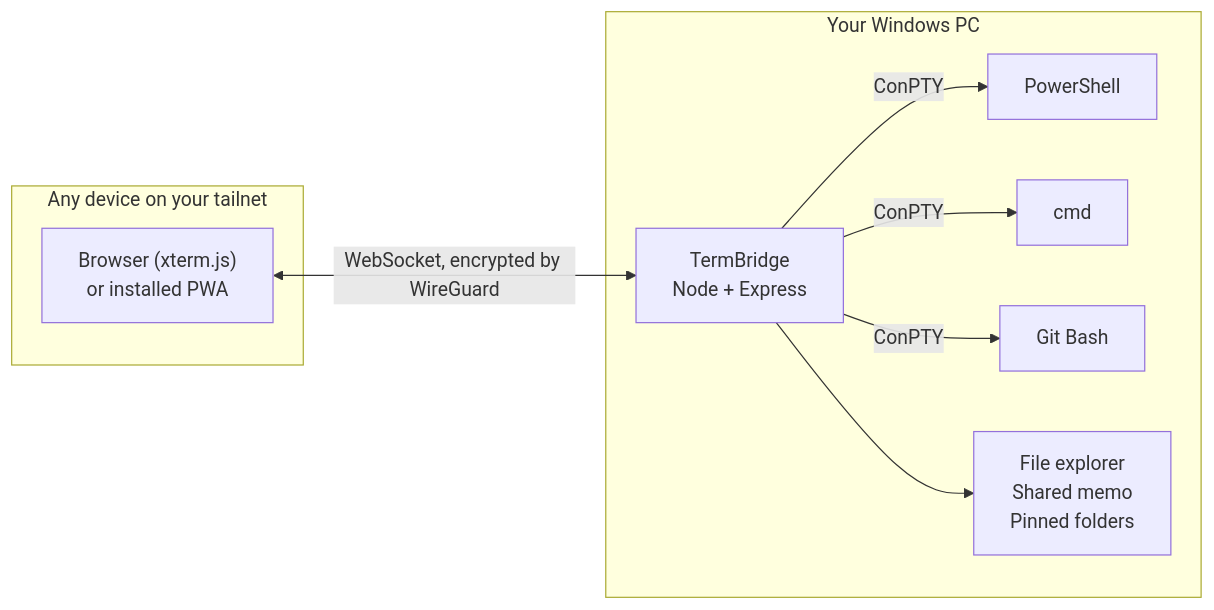
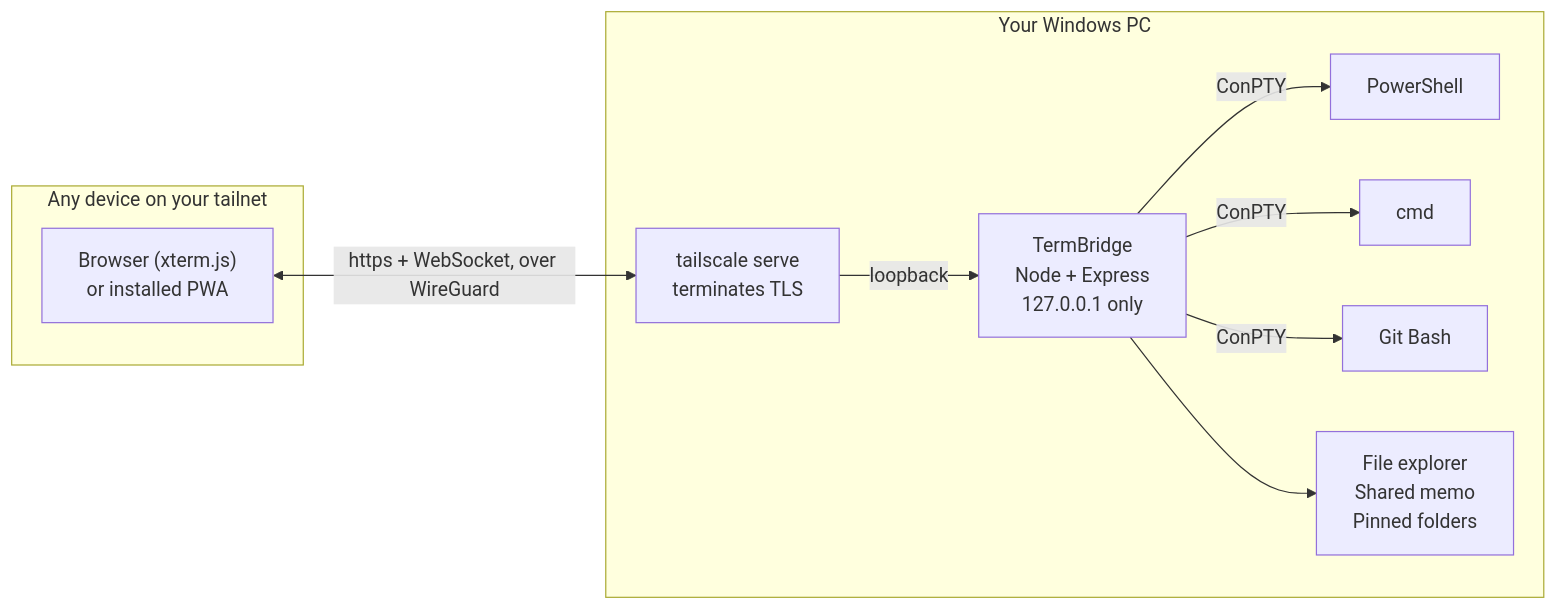
Before and after one commit to Aho-Gaki/TermBridge: the diagram in README.md, drawn with Mermaid. The commit also changed other lines of this file and 7 other files, not shown here.

````diff
--- a/README.md
+++ b/README.md
@@ -183,21 +189,23 @@
 ```mermaid
 flowchart LR
     subgraph client["Any device on your tailnet"]
         B["Browser (xterm.js)<br/>or installed PWA"]
     end
 
     subgraph host["Your Windows PC"]
-        S["TermBridge<br/>Node + Express"]
+        T["tailscale serve<br/>terminates TLS"]
+        S["TermBridge<br/>Node + Express<br/>127.0.0.1 only"]
         PS["PowerShell"]
         CMD["cmd"]
         GB["Git Bash"]
         X["File explorer<br/>Shared memo<br/>Pinned folders"]
 
+        T -->|loopback| S
         S -->|ConPTY| PS
         S -->|ConPTY| CMD
         S -->|ConPTY| GB
         S --> X
     end
 
-    B <-->|"WebSocket, encrypted by WireGuard"| S
+    B <-->|"https + WebSocket, over WireGuard"| T
 ```
````
